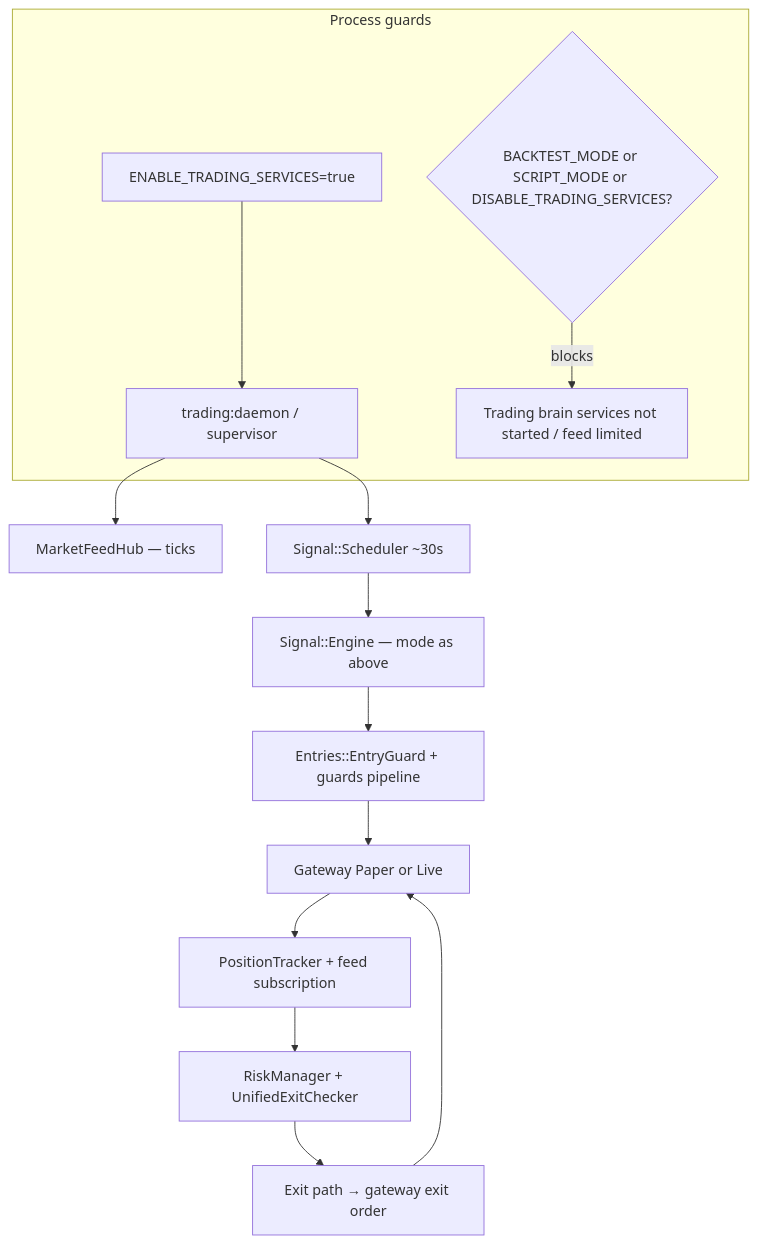
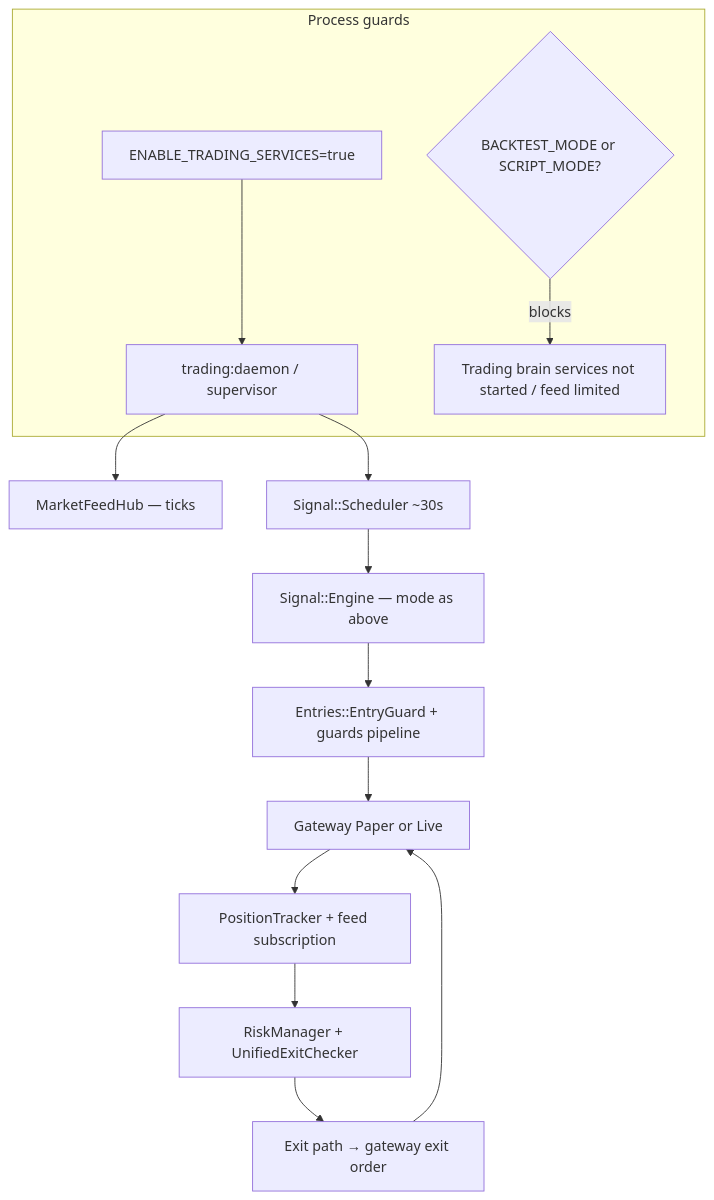
The fifth of 5 diagrams in docs/diagrams/trading-modes.md (shubhamtaywade82/algo_scalper_api), drawn with Mermaid before and after one commit. The commit also changed 34 other files, not shown here.

````diff
--- a/docs/diagrams/trading-modes.md
+++ b/docs/diagrams/trading-modes.md
@@ -130,18 +130,18 @@
 ```mermaid
 flowchart TD
   subgraph guard [Process guards]
     E1[ENABLE_TRADING_SERVICES=true] --> D[trading:daemon / supervisor]
-    E2{BACKTEST_MODE or SCRIPT_MODE or DISABLE_TRADING_SERVICES?} -->|blocks| NOSTART[Trading brain services not started / feed limited]
+    E2{BACKTEST_MODE or SCRIPT_MODE?} -->|blocks| NOSTART[Trading brain services not started / feed limited]
   end
 
   D --> MF[MarketFeedHub — ticks]
   D --> SS[Signal::Scheduler ~30s]
   SS --> SE[Signal::Engine — mode as above]
   SE --> EG[Entries::EntryGuard + guards pipeline]
   EG --> GW[Gateway Paper or Live]
   GW --> PT[PositionTracker + feed subscription]
 
   PT --> RM2[RiskManager + UnifiedExitChecker]
   RM2 --> EE[Exit path → gateway exit order]
   EE --> GW
 ```
````
